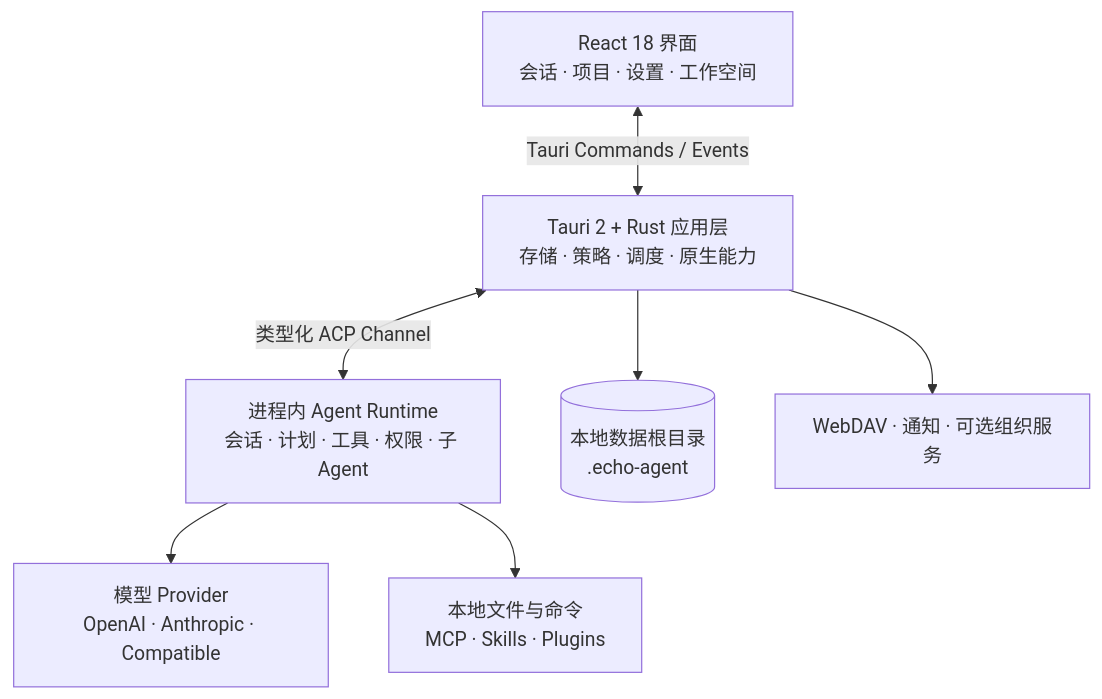
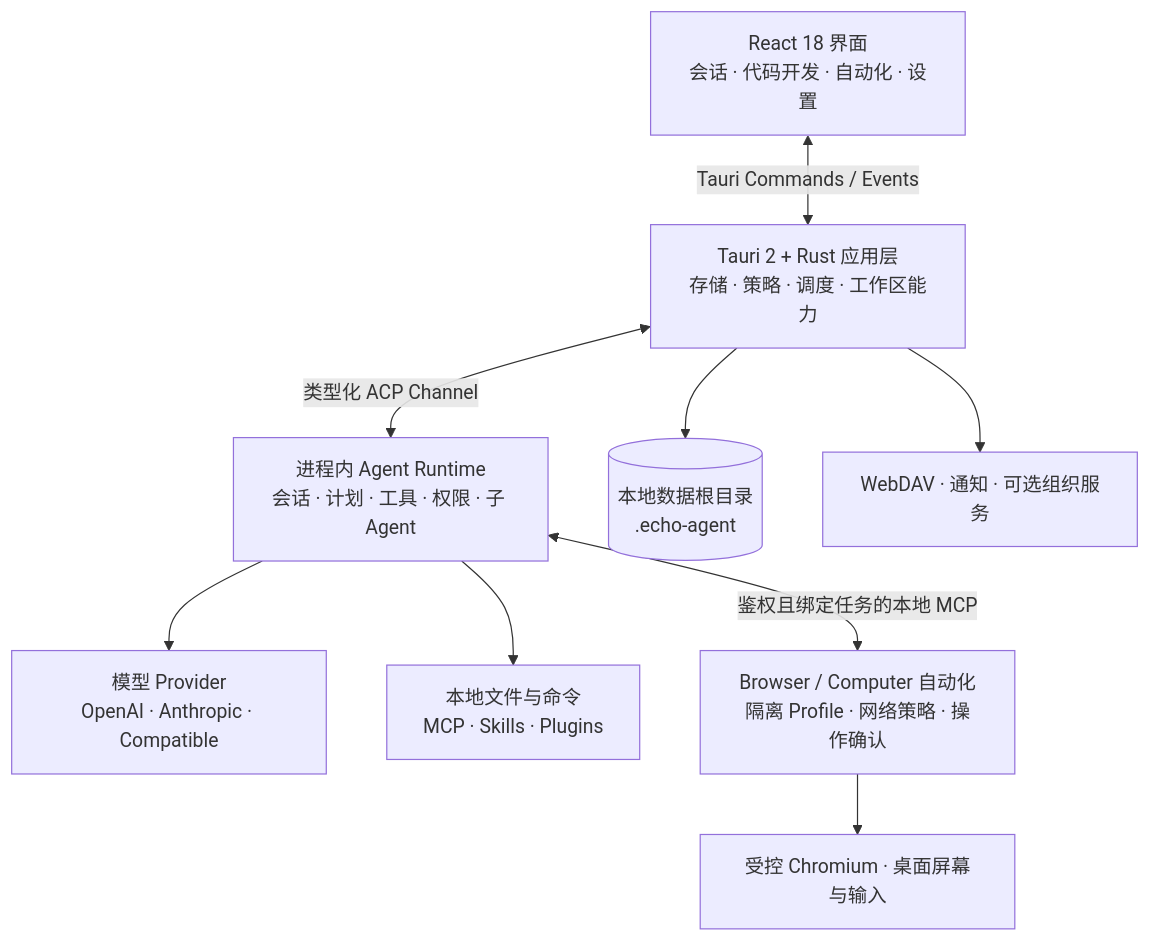
One commit to fuyuxiang/echo-agent-desktop changed the diagram in README.md. Above: the diagram before and after it, drawn with Mermaid. The commit also changed other lines of this file and 1 other file, not shown here.

````diff
--- a/README.md
+++ b/README.md
@@ -142,9 +173,11 @@
 ```mermaid
 flowchart TB
-    UI[React 18 界面<br/>会话 · 项目 · 设置 · 工作空间] <-->|Tauri Commands / Events| HOST[Tauri 2 + Rust 应用层<br/>存储 · 策略 · 调度 · 原生能力]
+    UI[React 18 界面<br/>会话 · 代码开发 · 自动化 · 设置] <-->|Tauri Commands / Events| HOST[Tauri 2 + Rust 应用层<br/>存储 · 策略 · 调度 · 工作区能力]
     HOST <-->|类型化 ACP Channel| RUNTIME[进程内 Agent Runtime<br/>会话 · 计划 · 工具 · 权限 · 子 Agent]
     RUNTIME --> MODELS[模型 Provider<br/>OpenAI · Anthropic · Compatible]
     RUNTIME --> TOOLS[本地文件与命令<br/>MCP · Skills · Plugins]
+    RUNTIME <-->|鉴权且绑定任务的本地 MCP| AUTO[Browser / Computer 自动化<br/>隔离 Profile · 网络策略 · 操作确认]
+    AUTO --> SURFACE[受控 Chromium · 桌面屏幕与输入]
     HOST --> DATA[(本地数据根目录<br/>.echo-agent)]
     HOST --> EXT[WebDAV · 通知 · 可选组织服务]
 ```
````
